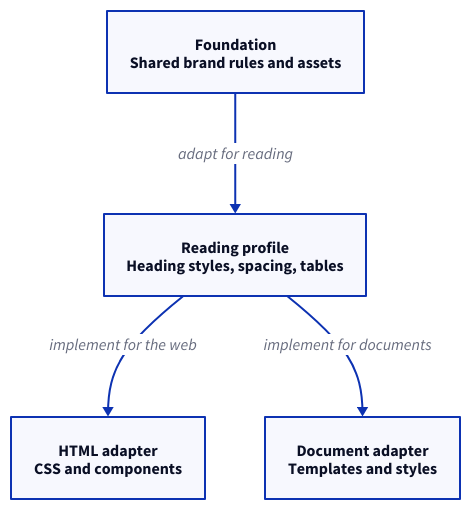
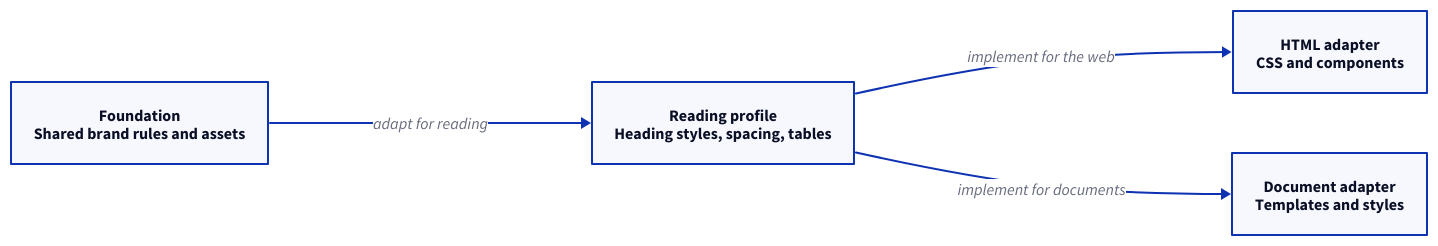
One commit to andronicus-bartonius/Design-DX changed the diagram in convention/diagrams/design-layers.d2. Above: the diagram before and after it, drawn with D2. The commit also changed 1 other file, not shown here.

Commit message:
updated diagram

```diff
--- a/convention/diagrams/design-layers.d2
+++ b/convention/diagrams/design-layers.d2
@@ -1,10 +1,10 @@
-direction: down
+direction: right
 
 foundation: "Foundation\nShared brand rules and assets"
 profile: "Reading profile\nHeading styles, spacing, tables"
 web: "HTML adapter\nCSS and components"
 document: "Document adapter\nTemplates and styles"
 
 foundation -> profile: "adapt for reading"
 profile -> web: "implement for the web"
 profile -> document: "implement for documents"
```
